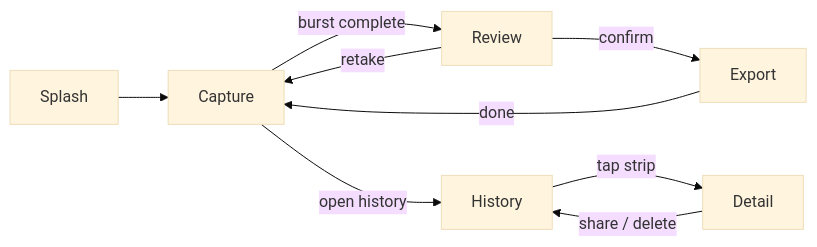
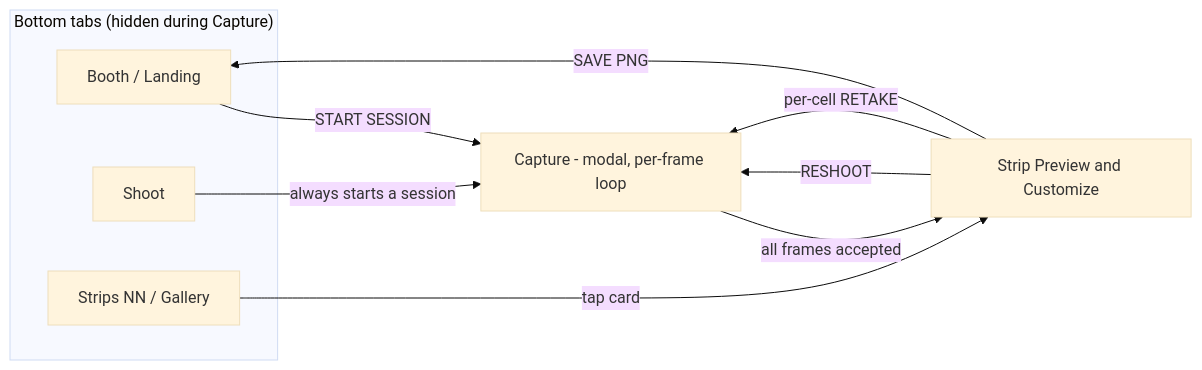
The third of 3 diagrams in architecture.md (dhruv-d02/Photobooth), drawn with Mermaid (base theme) before and after one commit. The commit also changed other lines of this file and 6 other files, not shown here.

First line of the commit message:
Integrate design handoff into architecture and CLAUDE.md

````diff
--- a/architecture.md
+++ b/architecture.md
@@ -107,11 +123,15 @@
 ```mermaid
 graph LR
-    Splash --> Capture
-    Capture -->|burst complete| Review
-    Review -->|retake| Capture
-    Review -->|confirm| Export
-    Export -->|done| Capture
-    Capture -->|open history| History
-    History -->|tap strip| Detail
-    Detail -->|share / delete| History
+    subgraph Tabs["Bottom tabs (hidden during Capture)"]
+        Booth[Booth / Landing]
+        Shoot[Shoot]
+        Strips[Strips NN / Gallery]
+    end
+    Booth -->|START SESSION| Capture[Capture - modal, per-frame loop]
+    Shoot -->|always starts a session| Capture
+    Capture -->|all frames accepted| Preview[Strip Preview and Customize]
+    Preview -->|RESHOOT| Capture
+    Preview -->|SAVE PNG| Booth
+    Strips -->|tap card| Preview
+    Preview -->|per-cell RETAKE| Capture
 ```
````
